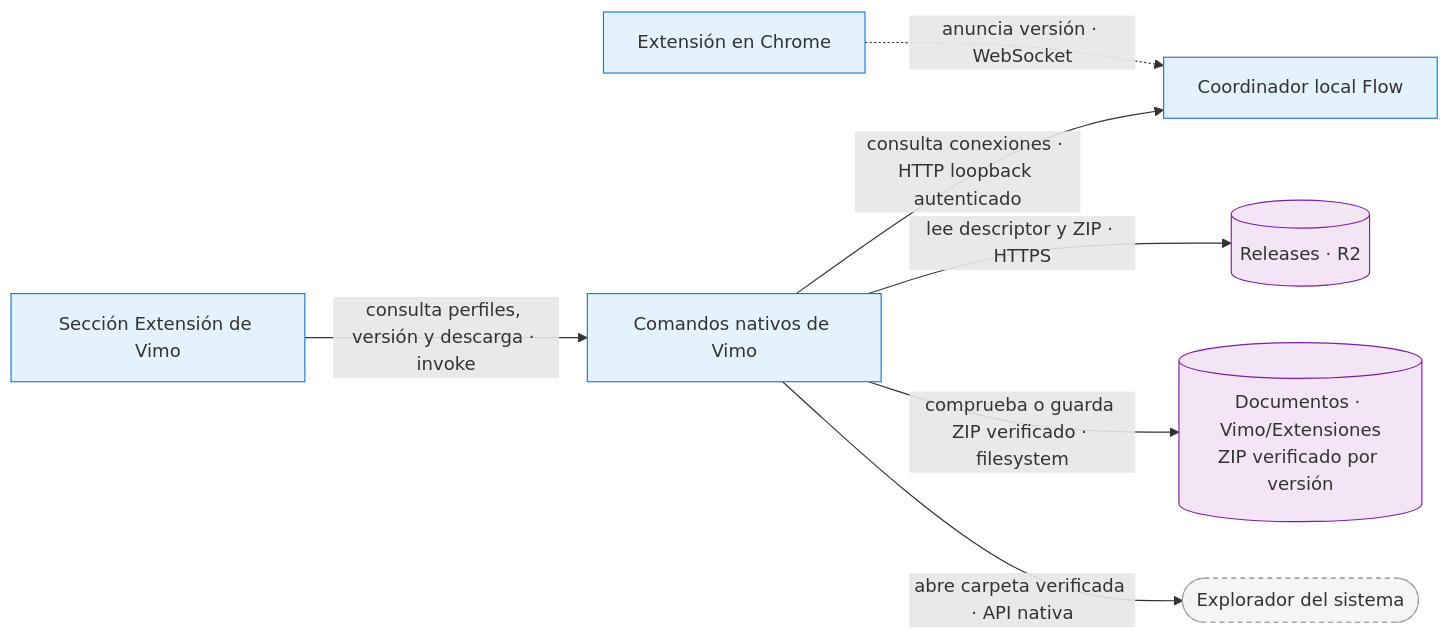
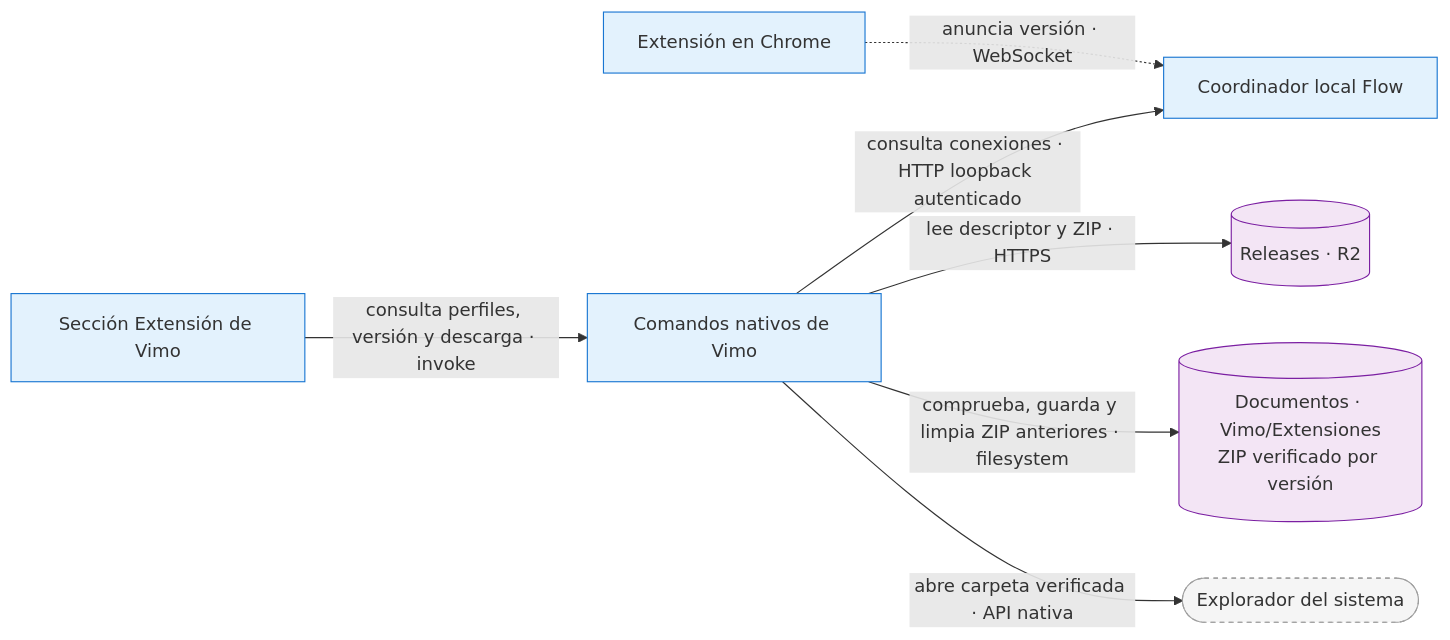
The diagram in docs/adr/ADR-0060-distribucion-versionada-de-extension.md (SCRIPZY-DEV/vimo), drawn with Mermaid before and after one commit. The commit also changed other lines of this file and 13 other files, not shown here.

````diff
--- a/docs/adr/ADR-0060-distribucion-versionada-de-extension.md
+++ b/docs/adr/ADR-0060-distribucion-versionada-de-extension.md
@@ -14,19 +14,19 @@
 ```mermaid
 flowchart LR
     ext["Extensión en Chrome"]:::propio
     bridge["Coordinador local Flow"]:::propio
     ui["Sección Extensión de Vimo"]:::propio
     native["Comandos nativos de Vimo"]:::propio
     r2[("Releases · R2")]:::datos
     disk[("Documentos · Vimo/Extensiones<br/>ZIP verificado por versión")]:::datos
     explorer(["Explorador del sistema"]):::externo
     ext -.->|"anuncia versión · WebSocket"| bridge
     ui -->|"consulta perfiles, versión y descarga · invoke"| native
     native -->|"consulta conexiones · HTTP loopback autenticado"| bridge
     native -->|"lee descriptor y ZIP · HTTPS"| r2
-    native -->|"comprueba o guarda ZIP verificado · filesystem"| disk
+    native -->|"comprueba, guarda y limpia ZIP anteriores · filesystem"| disk
     native -->|"abre carpeta verificada · API nativa"| explorer
     classDef externo fill:#f5f5f5,stroke:#9e9e9e,stroke-dasharray:4
     classDef propio fill:#e3f2fd,stroke:#1976d2
     classDef datos fill:#f3e5f5,stroke:#7b1fa2
 ```
````
